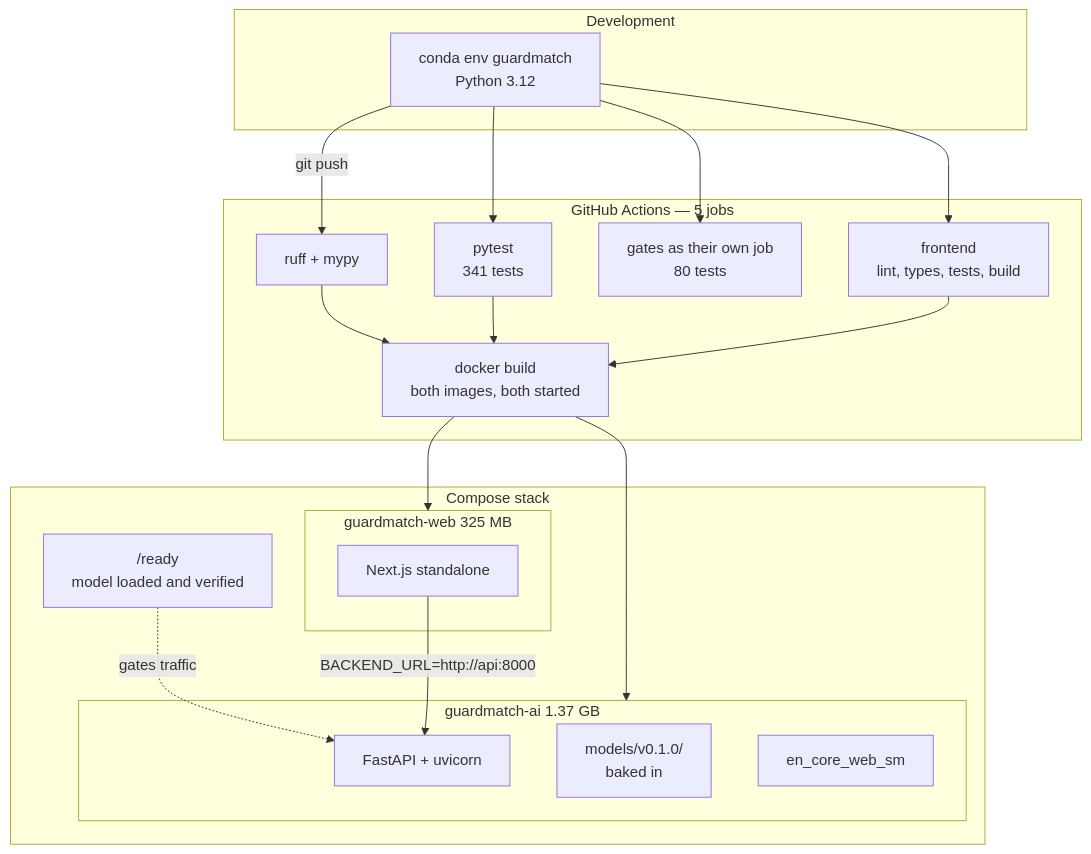
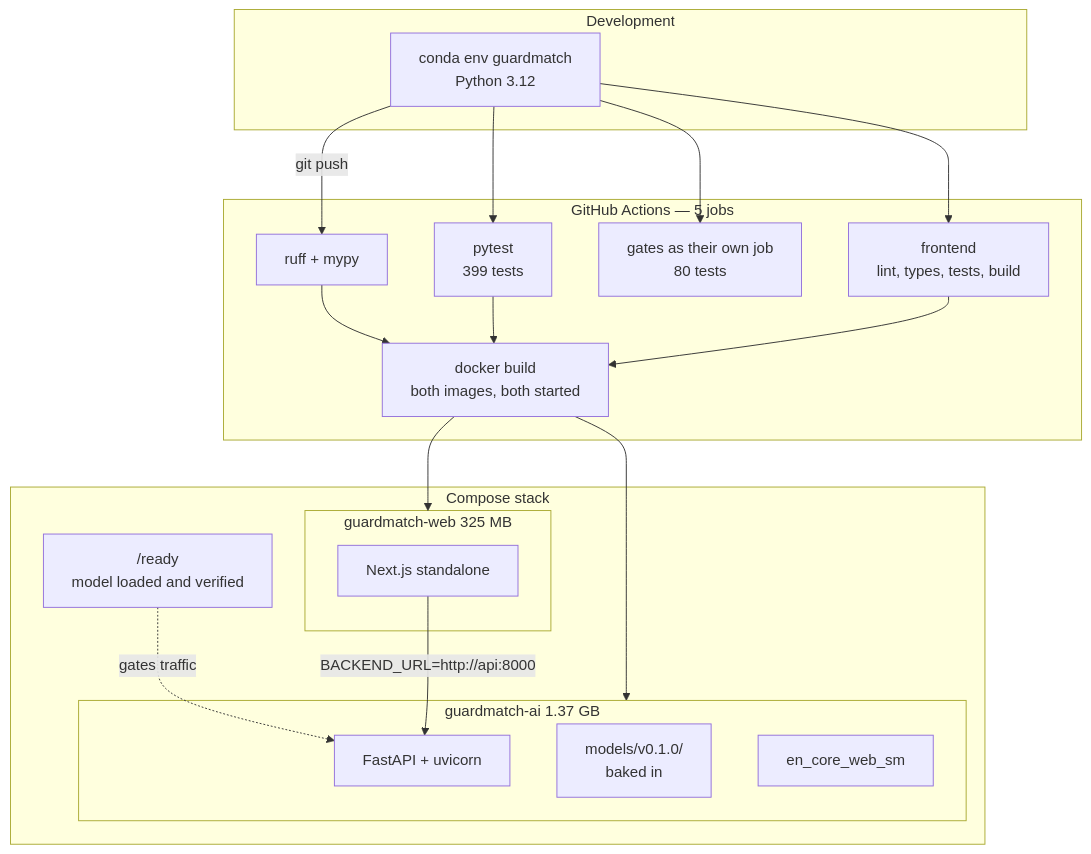
Before and after one commit to Kainatfatima0311/guardmatch-ai: the seventh of 7 diagrams in docs/architecture.md, drawn with Mermaid. The commit also changed other lines of this file and 6 other files, not shown here.

````diff
--- a/docs/architecture.md
+++ b/docs/architecture.md
@@ -334,38 +382,38 @@
 ```mermaid
 flowchart TB
     subgraph Dev["Development"]
         LOCAL["conda env guardmatch<br/>Python 3.12"]
     end
 
     subgraph CI["GitHub Actions — 5 jobs"]
         LINT["ruff + mypy"]
-        TEST["pytest<br/>341 tests"]
+        TEST["pytest<br/>399 tests"]
         GATES["gates as their own job<br/>80 tests"]
         WEB["frontend<br/>lint, types, tests, build"]
         BUILD["docker build<br/>both images, both started"]
     end
 
     subgraph Runtime["Compose stack"]
         subgraph IMGA["guardmatch-ai  1.37 GB"]
             APP["FastAPI + uvicorn"]
             ART["models/v0.1.0/<br/>baked in"]
             SPACY["en_core_web_sm"]
         end
         subgraph IMGW["guardmatch-web  325 MB"]
             NEXT["Next.js standalone"]
         end
         HC["/ready<br/>model loaded and verified"]
     end
 
     LOCAL -->|"git push"| LINT
     LOCAL --> TEST
     LOCAL --> GATES
     LOCAL --> WEB
     LINT --> BUILD
     TEST --> BUILD
     WEB --> BUILD
     BUILD --> IMGA
     BUILD --> IMGW
     HC -.->|"gates traffic"| APP
     NEXT -->|"BACKEND_URL=http://api:8000"| APP
 ```
````
